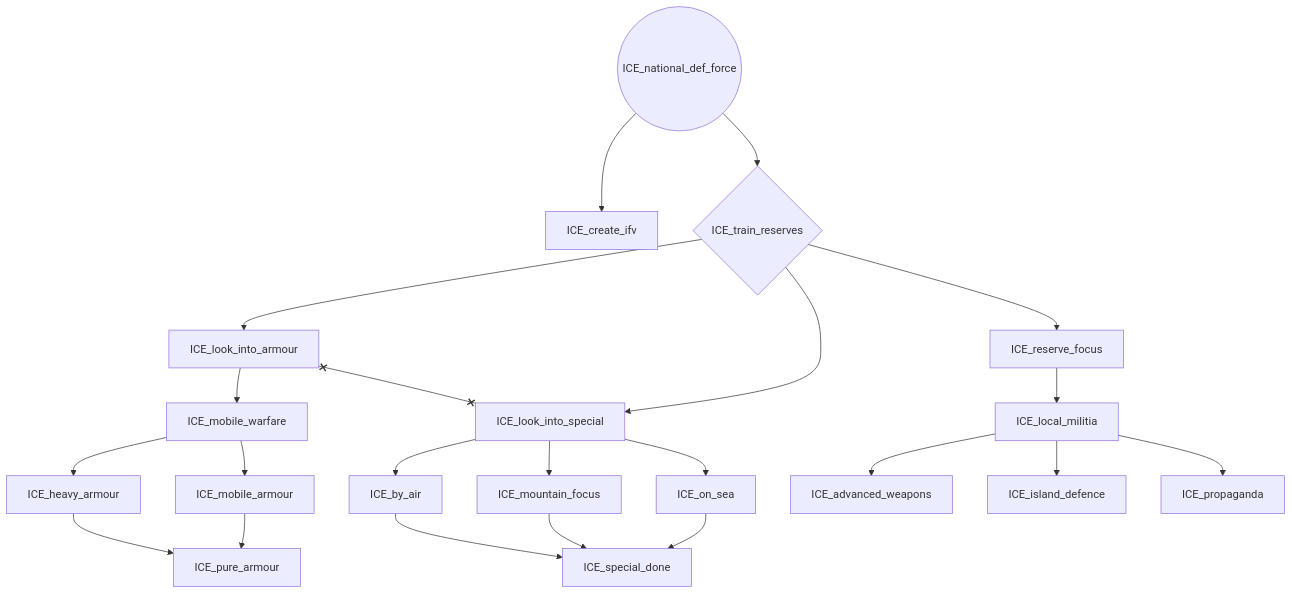
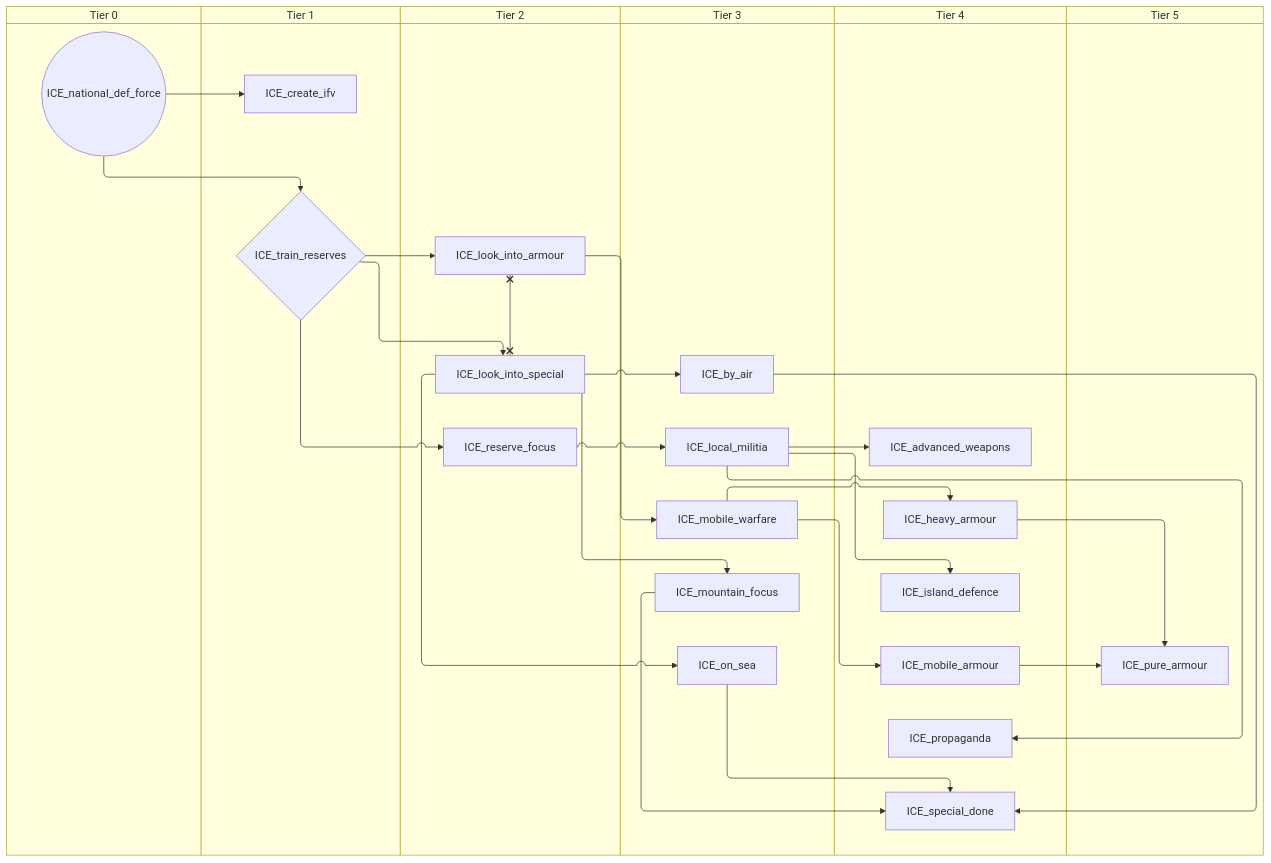
One commit to evgeny-sobol/hoi4-sandbox-mode-r56 changed the fourth of 5 diagrams in docs/gdd/National Focuses/r56_iceland.md. Above: the diagram before and after it, drawn with Mermaid. The commit also changed other lines of this file and 423 other files, not shown here.

First line of the commit message:
Re-export Rt56 focus trees as swimlane diagrams

````diff
--- a/docs/gdd/National Focuses/r56_iceland.md
+++ b/docs/gdd/National Focuses/r56_iceland.md
@@ -239,42 +283,54 @@
 ```mermaid
-flowchart TD
-    n57["ICE_advanced_weapons"]
-    n58["ICE_by_air"]
-    n59["ICE_create_ifv"]
-    n60["ICE_heavy_armour"]
-    n61["ICE_island_defence"]
-    n62["ICE_local_militia"]
-    n63["ICE_look_into_armour"]
-    n64["ICE_look_into_special"]
-    n65["ICE_mobile_armour"]
-    n66["ICE_mobile_warfare"]
-    n67["ICE_mountain_focus"]
-    n68(("ICE_national_def_force"))
-    n69["ICE_on_sea"]
-    n70["ICE_propaganda"]
-    n71["ICE_pure_armour"]
-    n72["ICE_reserve_focus"]
-    n73["ICE_special_done"]
-    n74{"ICE_train_reserves"}
-    n62 --> n57
-    n64 --> n58
-    n68 --> n59
-    n66 --> n60
-    n62 --> n61
-    n72 --> n62
-    n74 --> n63
-    n74 --> n64
-    n66 --> n65
-    n63 --> n66
-    n64 --> n67
-    n64 --> n69
-    n62 --> n70
+swimlane-beta TD
+    subgraph tier_0["Tier 0"]
+        n57(("ICE_national_def_force"))
+    end
+    subgraph tier_1["Tier 1"]
+        n58["ICE_create_ifv"]
+        n59{"ICE_train_reserves"}
+    end
+    subgraph tier_2["Tier 2"]
+        n60["ICE_look_into_armour"]
+        n61["ICE_look_into_special"]
+        n62["ICE_reserve_focus"]
+    end
+    subgraph tier_3["Tier 3"]
+        n63["ICE_by_air"]
+        n64["ICE_local_militia"]
+        n65["ICE_mobile_warfare"]
+        n66["ICE_mountain_focus"]
+        n67["ICE_on_sea"]
+    end
+    subgraph tier_4["Tier 4"]
+        n68["ICE_advanced_weapons"]
+        n69["ICE_heavy_armour"]
+        n70["ICE_island_defence"]
+        n71["ICE_mobile_armour"]
+        n72["ICE_propaganda"]
+        n73["ICE_special_done"]
+    end
+    subgraph tier_5["Tier 5"]
+        n74["ICE_pure_armour"]
+    end
+    n64 --> n68
+    n61 --> n63
+    n57 --> n58
+    n65 --> n69
+    n64 --> n70
+    n62 --> n64
+    n59 --> n60
+    n59 --> n61
     n65 --> n71
-    n60 --> n71
-    n74 --> n72
+    n60 --> n65
+    n61 --> n66
+    n61 --> n67
+    n64 --> n72
+    n71 --> n74
+    n69 --> n74
+    n59 --> n62
+    n66 --> n73
     n67 --> n73
-    n69 --> n73
-    n58 --> n73
-    n68 --> n74
-    n63 x--x n64
+    n63 --> n73
+    n57 --> n59
+    n60 x--x n61
 ```
````
